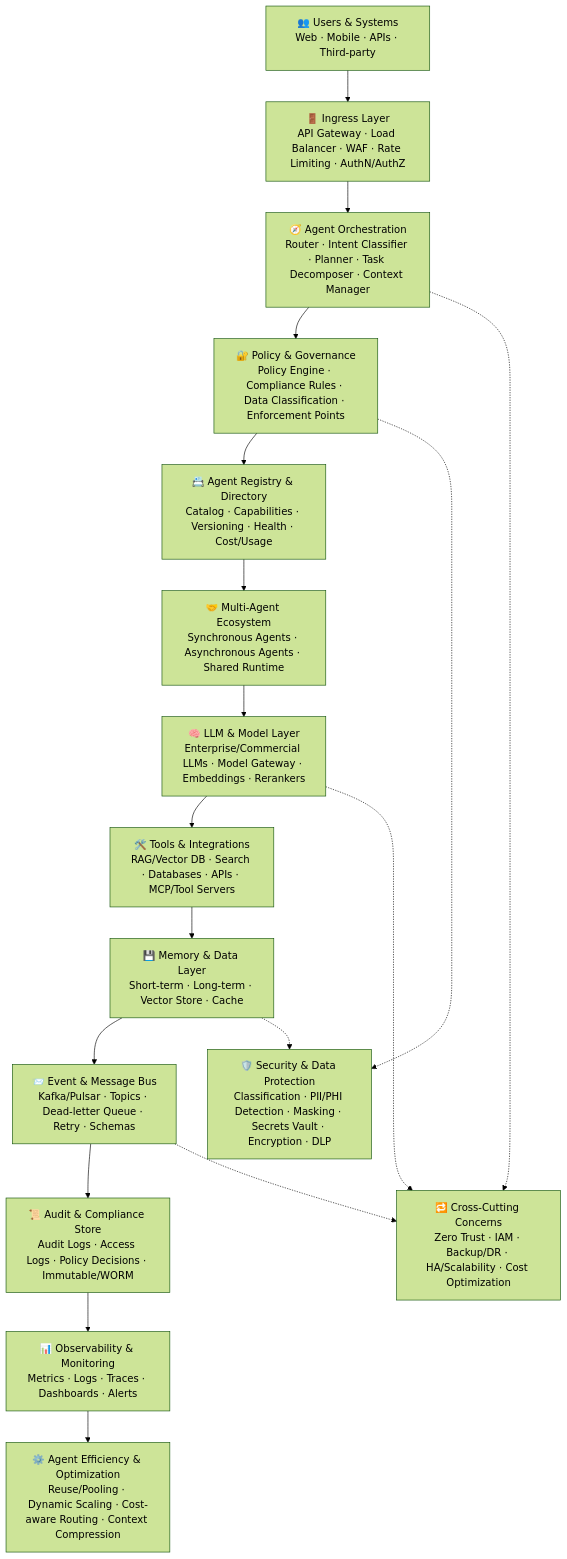
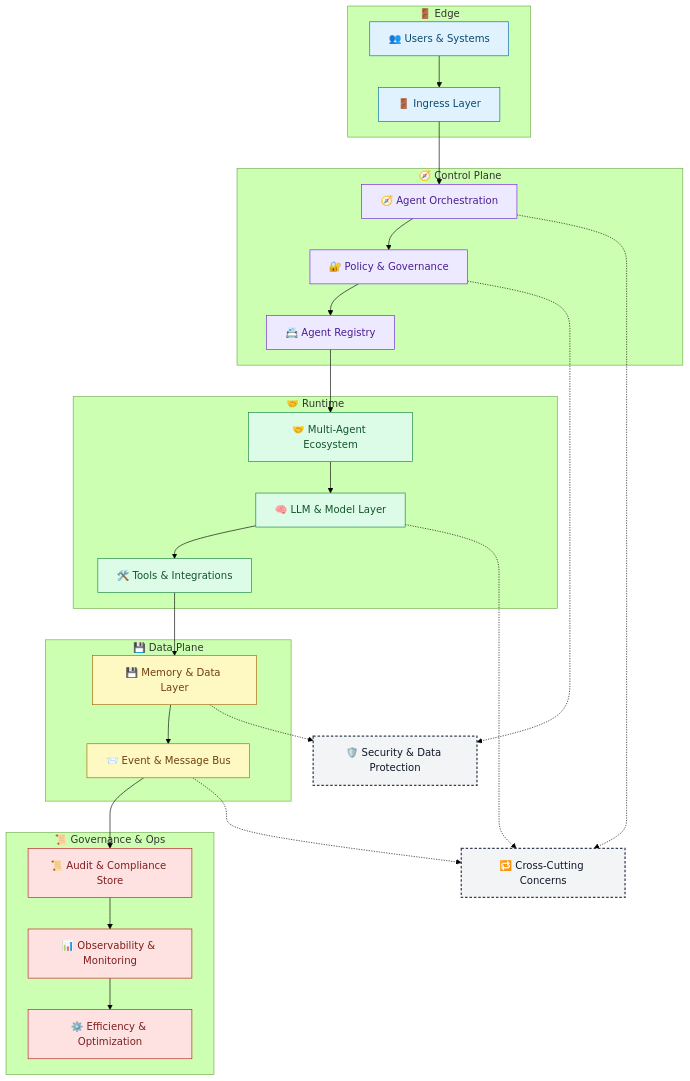
The first of 5 diagrams in Roughnotes.md (contactkkiran/enterprise-multi-agent-agent-native-platform), drawn with Mermaid (forest theme) before and after one commit. The commit also changed other lines of this file, not shown here.

````diff
--- a/Roughnotes.md
+++ b/Roughnotes.md
@@ -29,27 +29,51 @@
 ```mermaid
 flowchart TD
-    U["👥 Users & Systems<br/>Web · Mobile · APIs · Third-party"]
-    I["🚪 Ingress Layer<br/>API Gateway · Load Balancer · WAF · Rate Limiting · AuthN/AuthZ"]
-    O["🧭 Agent Orchestration<br/>Router · Intent Classifier · Planner · Task Decomposer · Context Manager"]
-    P["🔐 Policy & Governance<br/>Policy Engine · Compliance Rules · Data Classification · Enforcement Points"]
-    R["📇 Agent Registry & Directory<br/>Catalog · Capabilities · Versioning · Health · Cost/Usage"]
-    M["🤝 Multi-Agent Ecosystem<br/>Synchronous Agents · Asynchronous Agents · Shared Runtime"]
-    L["🧠 LLM & Model Layer<br/>Enterprise/Commercial LLMs · Model Gateway · Embeddings · Rerankers"]
-    T["🛠️ Tools & Integrations<br/>RAG/Vector DB · Search · Databases · APIs · MCP/Tool Servers"]
-    D["💾 Memory & Data Layer<br/>Short-term · Long-term · Vector Store · Cache"]
-    E["📨 Event & Message Bus<br/>Kafka/Pulsar · Topics · Dead-letter Queue · Retry · Schemas"]
-    A["📜 Audit & Compliance Store<br/>Audit Logs · Access Logs · Policy Decisions · Immutable/WORM"]
-    OB["📊 Observability & Monitoring<br/>Metrics · Logs · Traces · Dashboards · Alerts"]
-    EF["⚙️ Agent Efficiency & Optimization<br/>Reuse/Pooling · Dynamic Scaling · Cost-aware Routing · Context Compression"]
+    subgraph EDGE["🚪 Edge"]
+        U["👥 Users & Systems"]
+        I["🚪 Ingress Layer"]
+    end
+    subgraph CONTROL["🧭 Control Plane"]
+        O["🧭 Agent Orchestration"]
+        P["🔐 Policy & Governance"]
+        R["📇 Agent Registry"]
+    end
+    subgraph RUNTIME["🤝 Runtime"]
+        M["🤝 Multi-Agent Ecosystem"]
+        L["🧠 LLM & Model Layer"]
+        T["🛠️ Tools & Integrations"]
+    end
+    subgraph DATA["💾 Data Plane"]
+        D["💾 Memory & Data Layer"]
+        E["📨 Event & Message Bus"]
+    end
+    subgraph GOV["📜 Governance & Ops"]
+        A["📜 Audit & Compliance Store"]
+        OB["📊 Observability & Monitoring"]
+        EF["⚙️ Efficiency & Optimization"]
+    end
 
     U --> I --> O --> P --> R --> M --> L --> T --> D --> E --> A --> OB --> EF
 
-    S["🛡️ Security & Data Protection<br/>Classification · PII/PHI Detection · Masking · Secrets Vault · Encryption · DLP"]
-    X["🔁 Cross-Cutting Concerns<br/>Zero Trust · IAM · Backup/DR · HA/Scalability · Cost Optimization"]
+    S["🛡️ Security & Data Protection"]
+    X["🔁 Cross-Cutting Concerns"]
 
     P -.-> S
     D -.-> S
     O -.-> X
     L -.-> X
     E -.-> X
+
+    classDef edge fill:#e0f2fe,stroke:#0369a1,color:#0c4a6e
+    classDef control fill:#ede9fe,stroke:#6d28d9,color:#4c1d95
+    classDef runtime fill:#dcfce7,stroke:#15803d,color:#14532d
+    classDef data fill:#fef9c3,stroke:#a16207,color:#713f12
+    classDef gov fill:#fee2e2,stroke:#b91c1c,color:#7f1d1d
+    classDef cross fill:#f3f4f6,stroke:#374151,color:#111827,stroke-width:2px,stroke-dasharray: 4 3
+
+    class U,I edge
+    class O,P,R control
+    class M,L,T runtime
+    class D,E data
+    class A,OB,EF gov
+    class S,X cross
 ```
````
